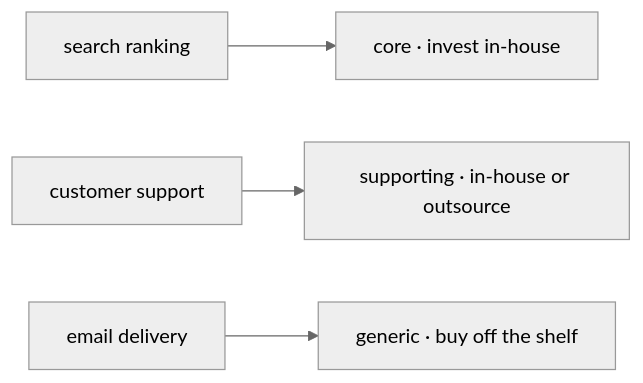
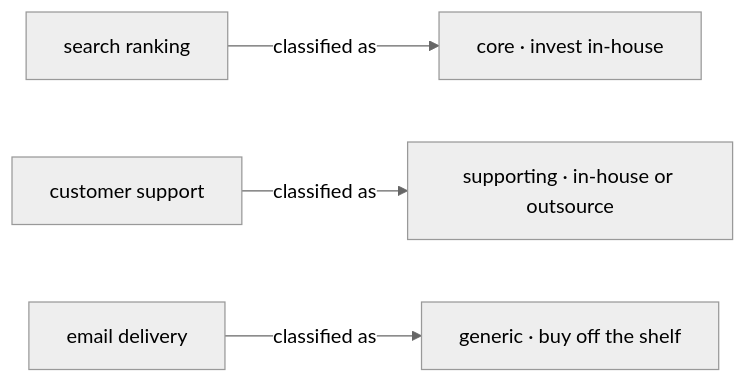
One commit to vinayakuber/microservices-io-study-guide changed the tenth of 13 diagrams in docs/ch04-decompose-by-subdomain.md. Above: the diagram before and after it, drawn with Mermaid (neutral theme). The commit also changed other lines of this file and 71 other files, not shown here.

First line of the commit message:
R18: label every diagram arrow with its meaning

````diff
--- a/docs/ch04-decompose-by-subdomain.md
+++ b/docs/ch04-decompose-by-subdomain.md
@@ -330,6 +330,6 @@
 ```mermaid
 flowchart LR
-  R["search ranking"] --> CORE["core · invest in-house"]
-  S["customer support"] --> SUP["supporting · in-house or outsource"]
-  E["email delivery"] --> GEN["generic · buy off the shelf"]
+  R["search ranking"] -->|"classified as"| CORE["core · invest in-house"]
+  S["customer support"] -->|"classified as"| SUP["supporting · in-house or outsource"]
+  E["email delivery"] -->|"classified as"| GEN["generic · buy off the shelf"]
 ```
````
